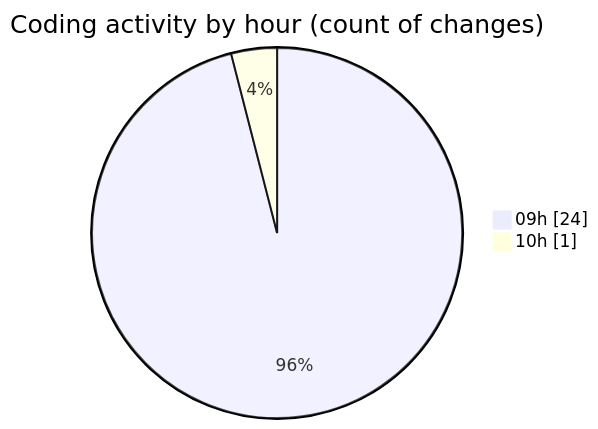
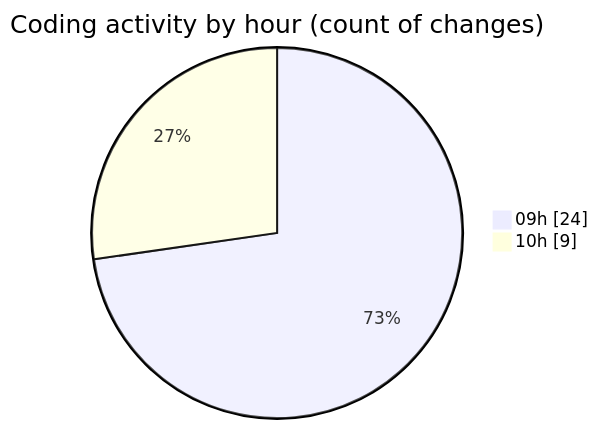
Before and after one commit to momahboobian/code-tracking: the second of 2 diagrams in 2025-12-09/cda/README.md, drawn with Mermaid. The commit also changed other lines of this file and 1 other file, not shown here.

````diff
--- a/2025-12-09/cda/README.md
+++ b/2025-12-09/cda/README.md
@@ -31,6 +31,6 @@
 ```mermaid
 pie showData
 title Coding activity by hour (count of changes)
 "09h" : 24
-"10h" : 1
+"10h" : 9
 ```
````
